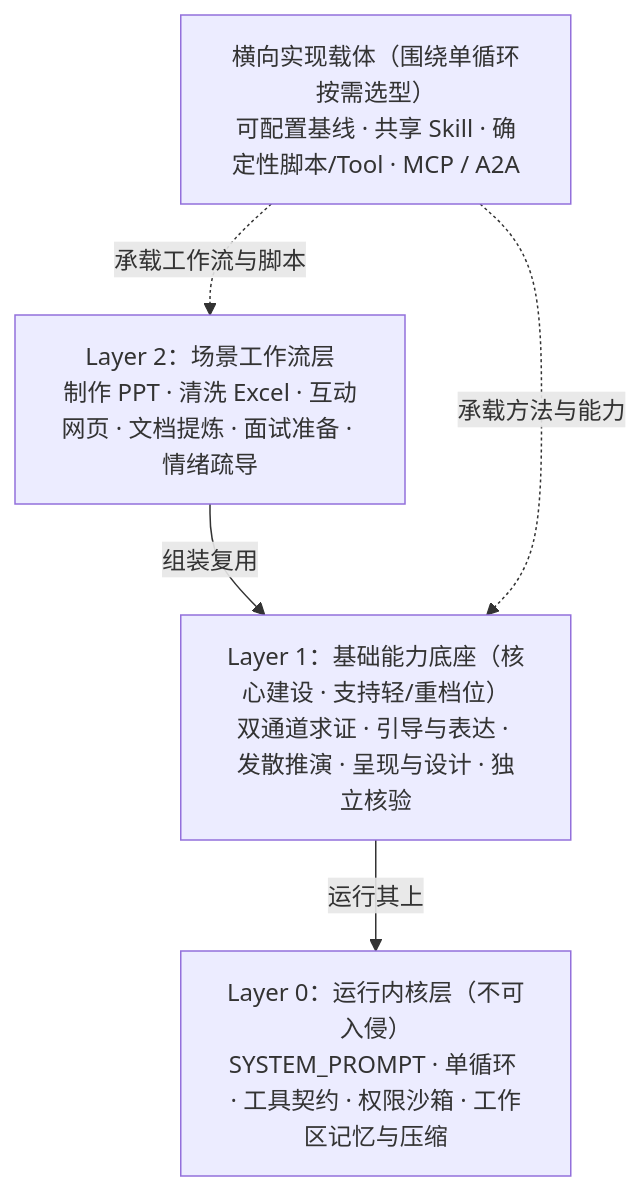
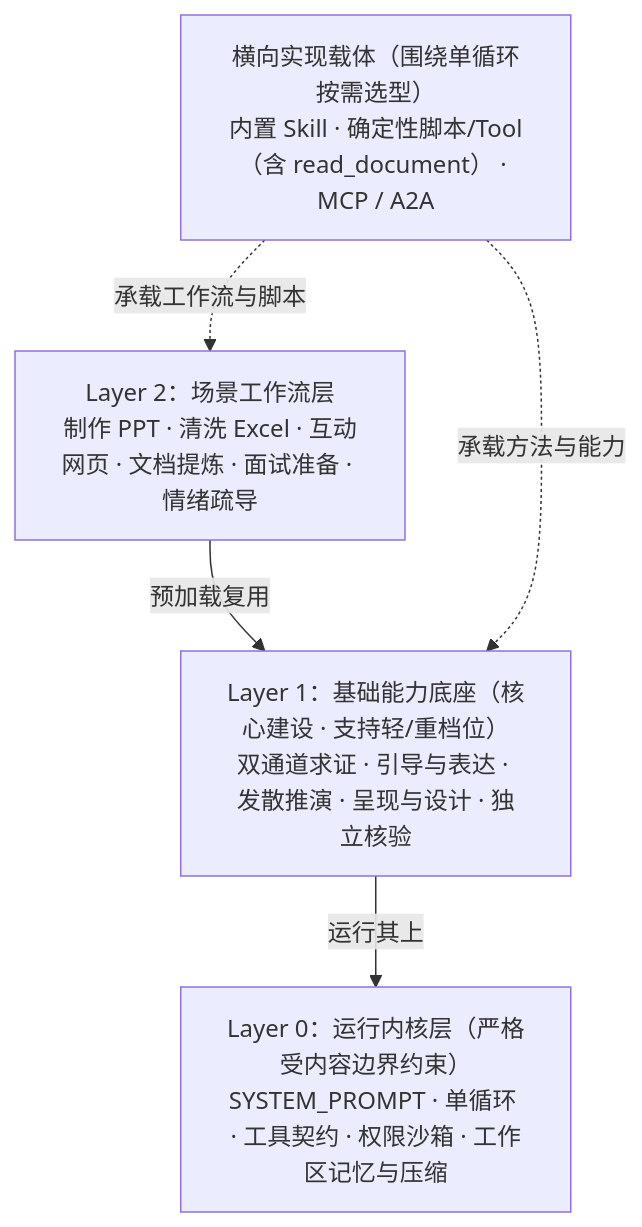
One commit to xinqingaa/ray_agent changed the diagram in docs/plan/capability-foundation-and-presets.md. Above: the diagram before and after it, drawn with Mermaid. The commit also changed other lines of this file and 64 other files, not shown here.

````diff
--- a/docs/plan/capability-foundation-and-presets.md
+++ b/docs/plan/capability-foundation-and-presets.md
@@ -12,12 +13,12 @@
 ```mermaid
 flowchart TB
   L2["Layer 2：场景工作流层<br/>制作 PPT · 清洗 Excel · 互动网页 · 文档提炼 · 面试准备 · 情绪疏导"]
   L1["Layer 1：基础能力底座（核心建设 · 支持轻/重档位）<br/>双通道求证 · 引导与表达 · 发散推演 · 呈现与设计 · 独立核验"]
-  L0["Layer 0：运行内核层（不可入侵）<br/>SYSTEM_PROMPT · 单循环 · 工具契约 · 权限沙箱 · 工作区记忆与压缩"]
-  M["横向实现载体（围绕单循环按需选型）<br/>可配置基线 · 共享 Skill · 确定性脚本/Tool · MCP / A2A"]
+  L0["Layer 0：运行内核层（严格受内容边界约束）<br/>SYSTEM_PROMPT · 单循环 · 工具契约 · 权限沙箱 · 工作区记忆与压缩"]
+  M["横向实现载体（围绕单循环按需选型）<br/>内置 Skill · 确定性脚本/Tool（含 read_document） · MCP / A2A"]
 
-  L2 -->|"组装复用"| L1
+  L2 -->|"预加载复用"| L1
   L1 -->|"运行其上"| L0
   M -.->|"承载方法与能力"| L1
   M -.->|"承载工作流与脚本"| L2
 ```
````
